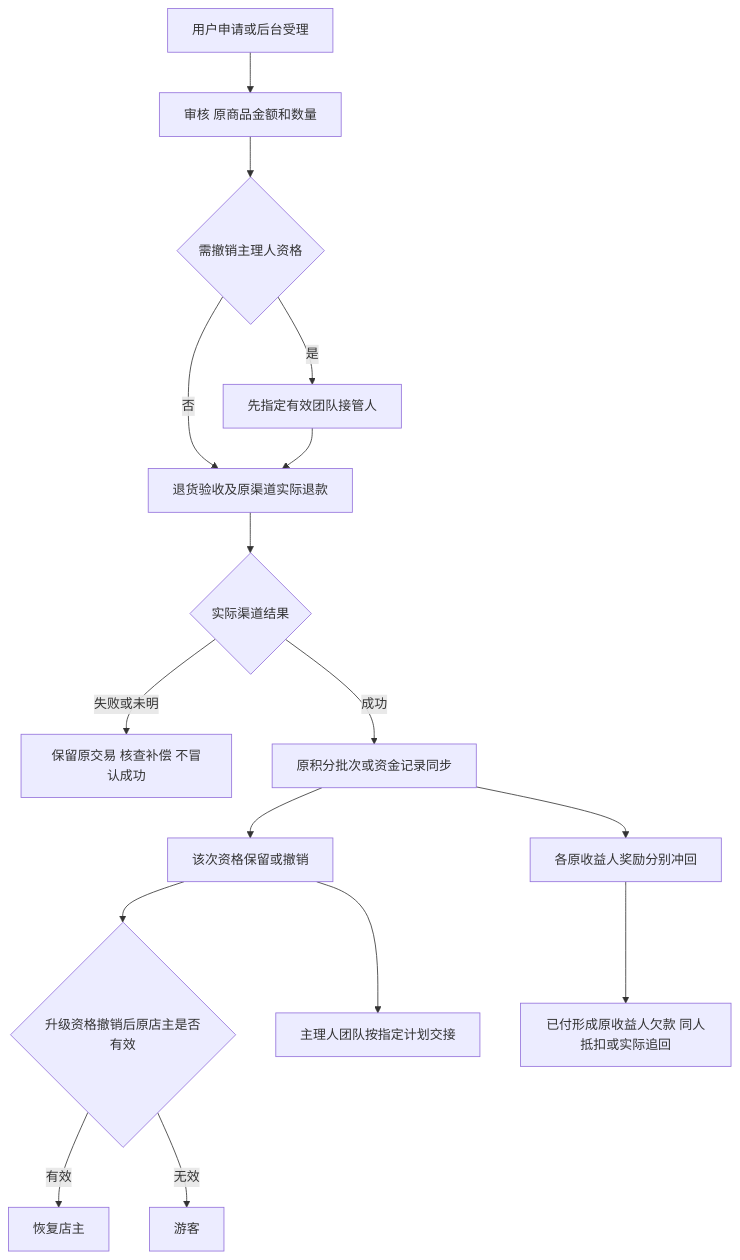
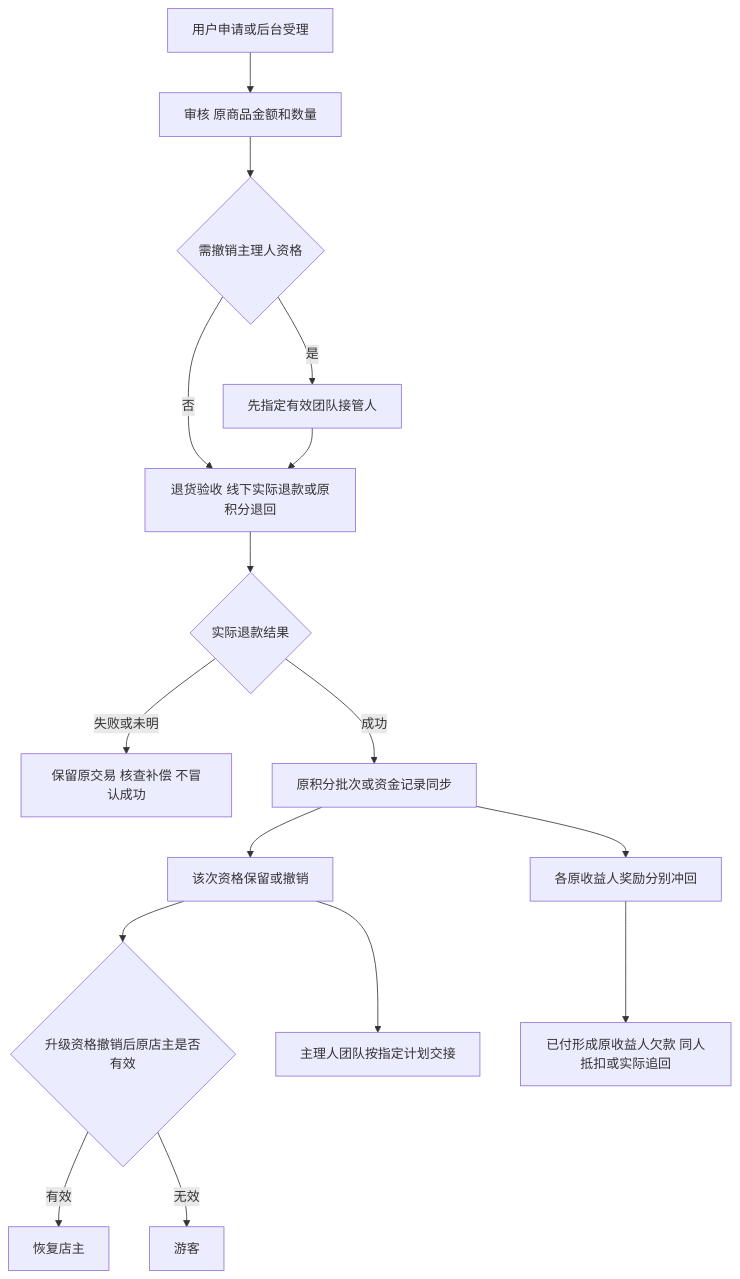
Before and after one commit to OneCattt/jianyanji: the second of 2 diagrams in docs/design/V2页面与业务流程.md, drawn with Mermaid. The commit also changed other lines of this file and 73 other files, not shown here.

````diff
--- a/docs/design/V2页面与业务流程.md
+++ b/docs/design/V2页面与业务流程.md
@@ -50,18 +49,18 @@
 ```mermaid
 flowchart TD
   A[用户申请或后台受理] --> B[审核 原商品金额和数量]
   B --> C{需撤销主理人资格}
   C -->|是| D[先指定有效团队接管人]
-  C -->|否| E[退货验收及原渠道实际退款]
+  C -->|否| E[退货验收 线下实际退款或原积分退回]
   D --> E
-  E --> F{实际渠道结果}
+  E --> F{实际退款结果}
   F -->|失败或未明| G[保留原交易 核查补偿 不冒认成功]
   F -->|成功| H[原积分批次或资金记录同步]
   H --> I[该次资格保留或撤销]
   I --> J{升级资格撤销后原店主是否有效}
   J -->|有效| K[恢复店主]
   J -->|无效| L[游客]
   I --> M[主理人团队按指定计划交接]
   H --> N[各原收益人奖励分别冲回]
   N --> O[已付形成原收益人欠款 同人抵扣或实际追回]
 ```
````
